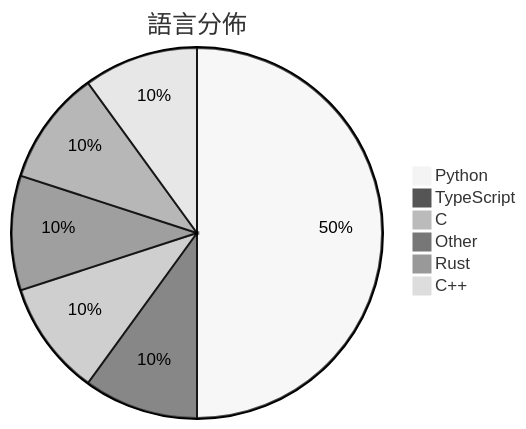
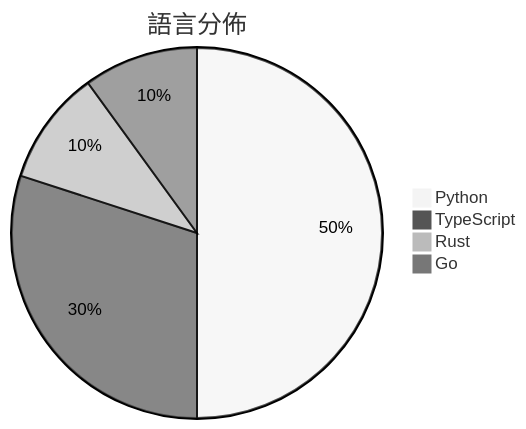
Before and after one commit to Lucasnocodo/github-trending-obsidian: the diagram in Daily/2026-03-10.md, drawn with Mermaid (neutral theme). The commit also changed other lines of this file and 11 other files, not shown here.

````diff
--- a/Daily/2026-03-10.md
+++ b/Daily/2026-03-10.md
@@ -20,9 +20,7 @@
 ```mermaid
 pie title 語言分佈
     "Python" : 5
-    "TypeScript" : 1
-    "C" : 1
-    "Other" : 1
+    "TypeScript" : 3
     "Rust" : 1
-    "C++" : 1
+    "Go" : 1
 ```
````
